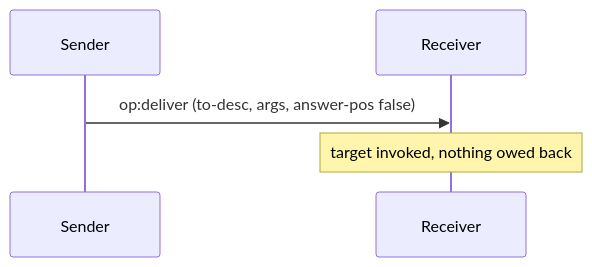
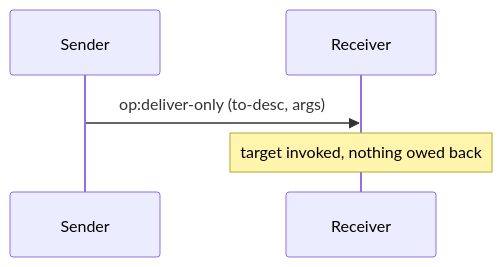
Before and after one commit to glowcap-org/glowcap: the second of 7 diagrams in docs/protocol-diagrams/02-deliver-and-resolve.md, drawn with Mermaid. The commit also changed other lines of this file and 371 other files, not shown here.

````diff
--- a/docs/protocol-diagrams/02-deliver-and-resolve.md
+++ b/docs/protocol-diagrams/02-deliver-and-resolve.md
@@ -41,7 +41,7 @@
 ```mermaid
 sequenceDiagram
     participant Q as Sender
     participant R as Receiver
-    Q->>R: op:deliver (to-desc, args, answer-pos false)
+    Q->>R: op:deliver-only (to-desc, args)
     Note over R: target invoked, nothing owed back
 ```
````
